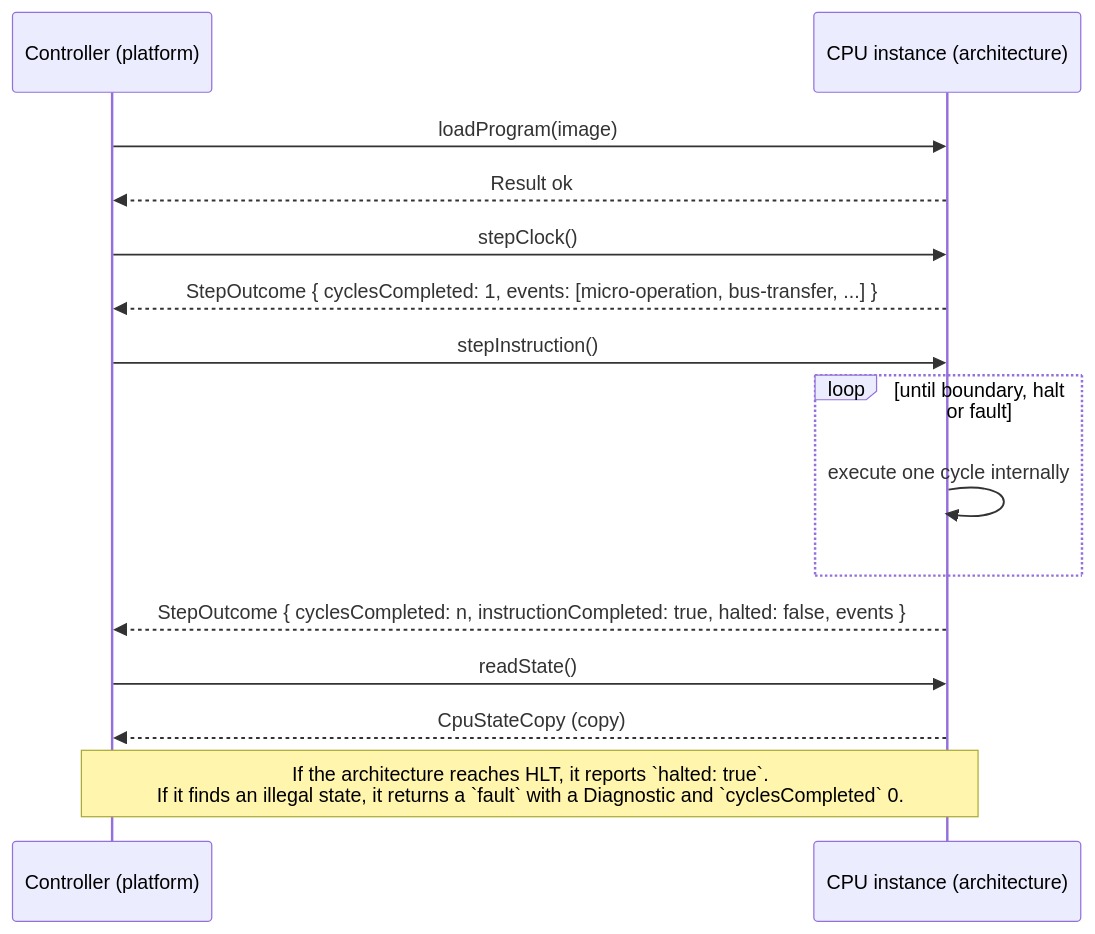
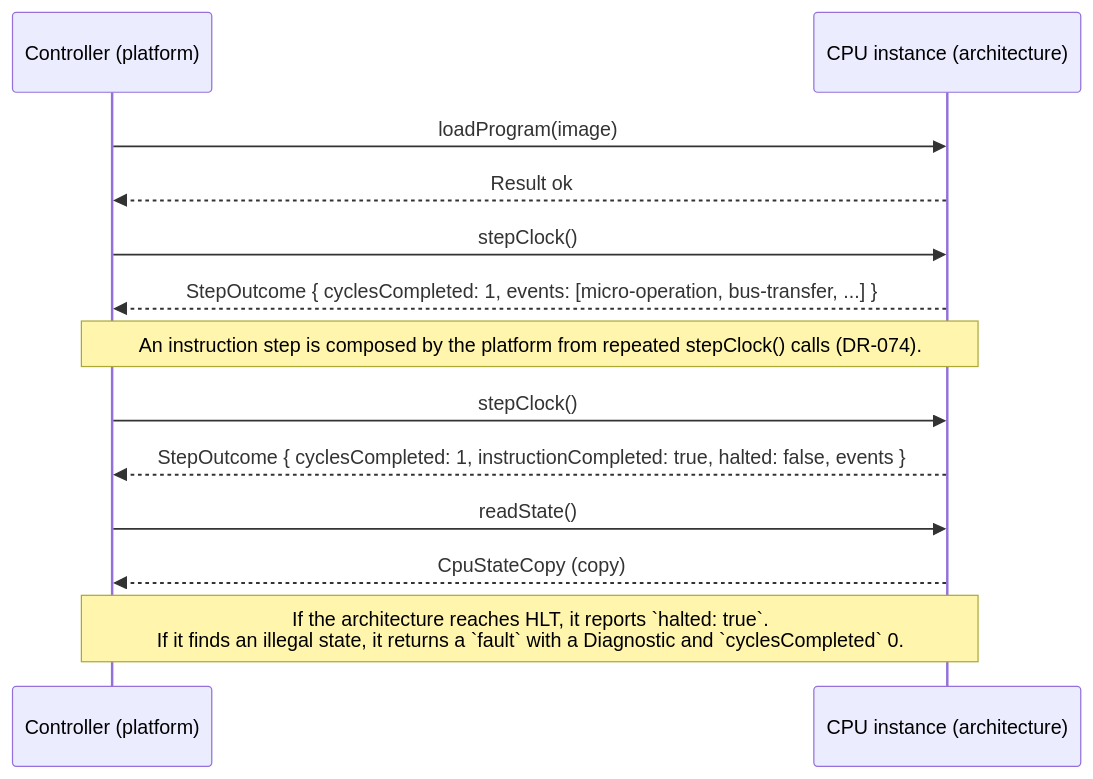
The diagram in docs/architecture/CPU_ARCHITECTURE_STRATEGY.md (Browniesauce/BITSHIFT-CPU-Simulator), drawn with Mermaid before and after one commit. The commit also changed other lines of this file and 20 other files, not shown here.

````diff
--- a/docs/architecture/CPU_ARCHITECTURE_STRATEGY.md
+++ b/docs/architecture/CPU_ARCHITECTURE_STRATEGY.md
@@ -74,17 +73,15 @@
 ```mermaid
 sequenceDiagram
   participant P as Controller (platform)
   participant I as CPU instance (architecture)
   P->>I: loadProgram(image)
   I-->>P: Result ok
   P->>I: stepClock()
   I-->>P: StepOutcome { cyclesCompleted: 1, events: [micro-operation, bus-transfer, ...] }
-  P->>I: stepInstruction()
-  loop until boundary, halt or fault
-    I->>I: execute one cycle internally
-  end
-  I-->>P: StepOutcome { cyclesCompleted: n, instructionCompleted: true, halted: false, events }
+  Note over P,I: An instruction step is composed by the platform from repeated stepClock() calls (DR-074).
+  P->>I: stepClock()
+  I-->>P: StepOutcome { cyclesCompleted: 1, instructionCompleted: true, halted: false, events }
   P->>I: readState()
   I-->>P: CpuStateCopy (copy)
   Note over P,I: If the architecture reaches HLT, it reports `halted: true`.<br/>If it finds an illegal state, it returns a `fault` with a Diagnostic and `cyclesCompleted` 0.
 ```
````
